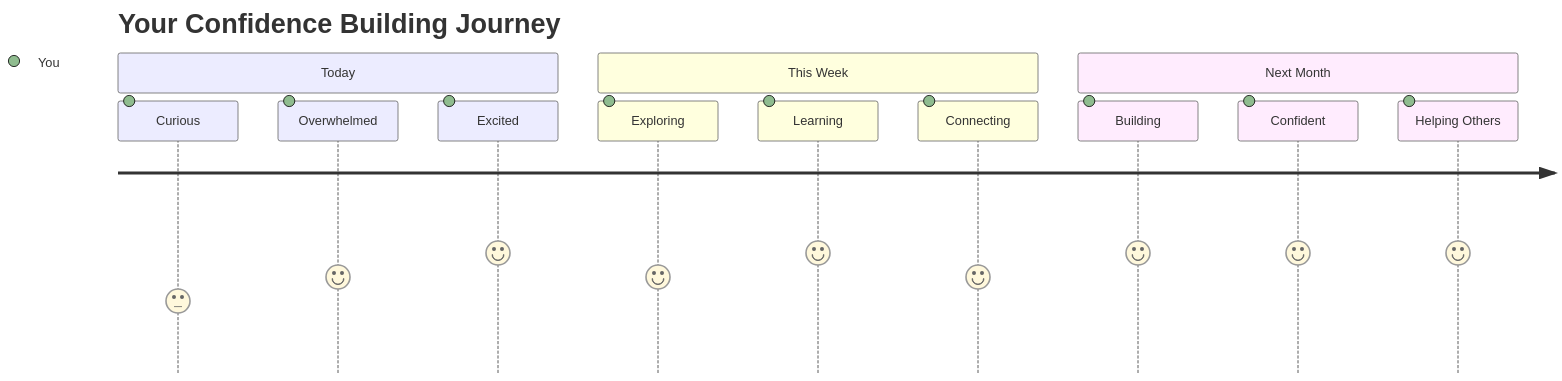
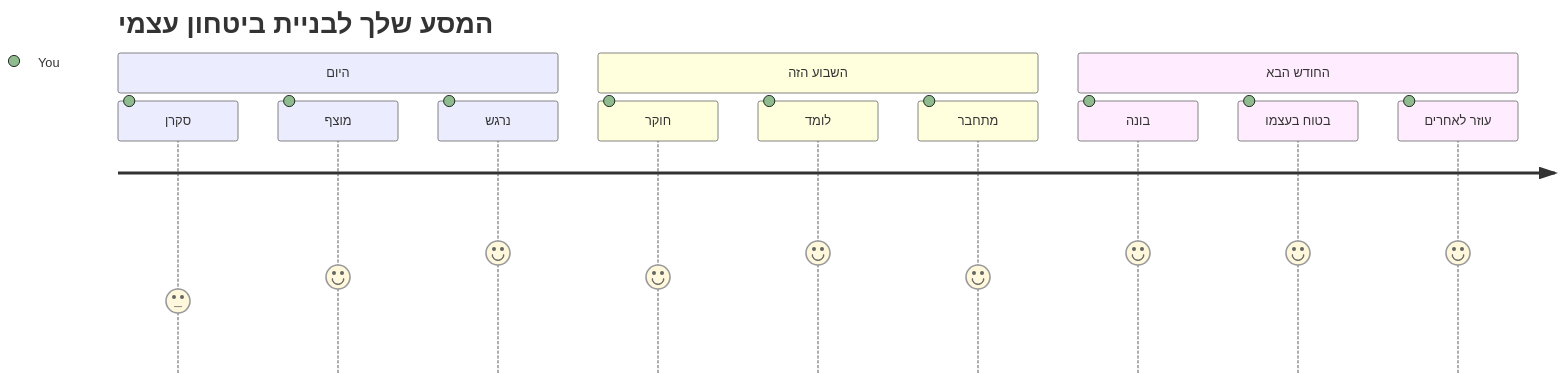
The seventh of 7 diagrams in translations/he/1-getting-started-lessons/1-intro-to-programming-languages/README.md (microsoft/Web-Dev-For-Beginners), drawn with Mermaid before and after one commit. The commit also changed other lines of this file and 11 other files, not shown here.

````diff
--- a/translations/he/1-getting-started-lessons/1-intro-to-programming-languages/README.md
+++ b/translations/he/1-getting-started-lessons/1-intro-to-programming-languages/README.md
@@ -834,16 +830,16 @@
 ```mermaid
 journey
-    title Your Confidence Building Journey
-    section Today
-      Curious: 3: You
-      Overwhelmed: 4: You
-      Excited: 5: You
-    section This Week
-      Exploring: 4: You
-      Learning: 5: You
-      Connecting: 4: You
-    section Next Month
-      Building: 5: You
-      Confident: 5: You
-      Helping Others: 5: You
+    title המסע שלך לבניית ביטחון עצמי
+    section היום
+      סקרן: 3: You
+      מוצף: 4: You
+      נרגש: 5: You
+    section השבוע הזה
+      חוקר: 4: You
+      לומד: 5: You
+      מתחבר: 4: You
+    section החודש הבא
+      בונה: 5: You
+      בטוח בעצמו: 5: You
+      עוזר לאחרים: 5: You
 ```
````
